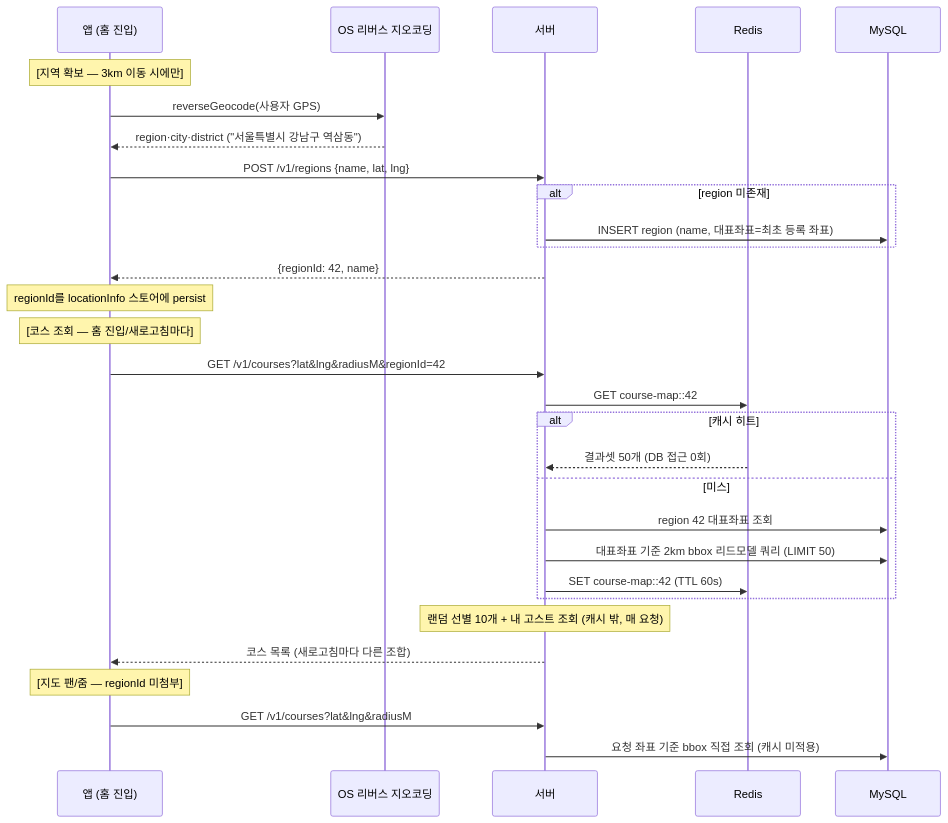
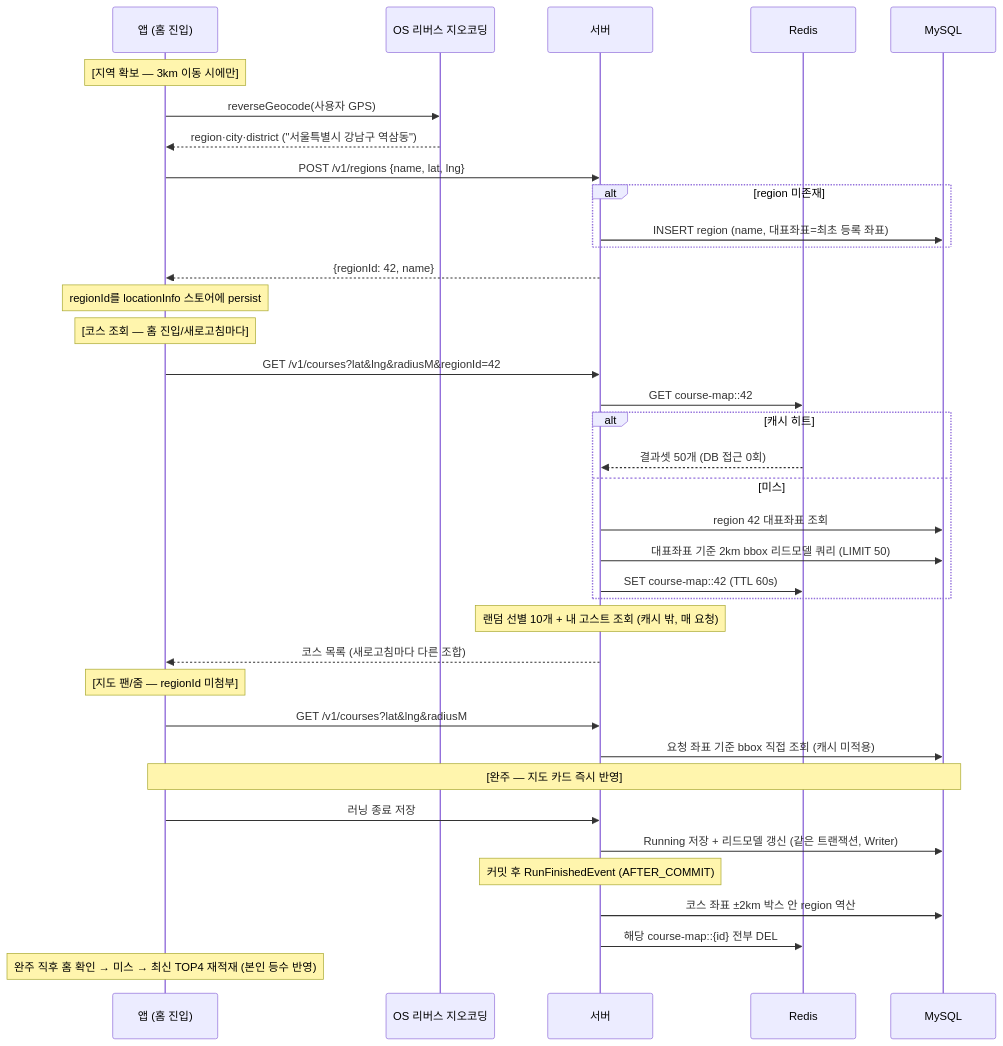
One commit to SGMRT/sgmrt-server changed the second of 4 diagrams in docs/refactoring/course-read-model/cache/05-cache-key-design.md. Above: the diagram before and after it, drawn with Mermaid. The commit also changed other lines of this file and 6 other files, not shown here.

````diff
--- a/docs/refactoring/course-read-model/cache/05-cache-key-design.md
+++ b/docs/refactoring/course-read-model/cache/05-cache-key-design.md
@@ -40,35 +44,43 @@
 ```mermaid
 sequenceDiagram
     participant FE as 앱 (홈 진입)
     participant OS as OS 리버스 지오코딩
     participant BE as 서버
     participant R as Redis
     participant DB as MySQL
 
     Note over FE: [지역 확보 — 3km 이동 시에만]
     FE->>OS: reverseGeocode(사용자 GPS)
     OS-->>FE: region·city·district ("서울특별시 강남구 역삼동")
     FE->>BE: POST /v1/regions {name, lat, lng}
     alt region 미존재
         BE->>DB: INSERT region (name, 대표좌표=최초 등록 좌표)
     end
     BE-->>FE: {regionId: 42, name}
     Note over FE: regionId를 locationInfo 스토어에 persist
 
     Note over FE: [코스 조회 — 홈 진입/새로고침마다]
     FE->>BE: GET /v1/courses?lat&lng&radiusM&regionId=42
     BE->>R: GET course-map::42
     alt 캐시 히트
         R-->>BE: 결과셋 50개 (DB 접근 0회)
     else 미스
         BE->>DB: region 42 대표좌표 조회
         BE->>DB: 대표좌표 기준 2km bbox 리드모델 쿼리 (LIMIT 50)
         BE->>R: SET course-map::42 (TTL 60s)
     end
     Note over BE: 랜덤 선별 10개 + 내 고스트 조회 (캐시 밖, 매 요청)
     BE-->>FE: 코스 목록 (새로고침마다 다른 조합)
 
     Note over FE: [지도 팬/줌 — regionId 미첨부]
     FE->>BE: GET /v1/courses?lat&lng&radiusM
     BE->>DB: 요청 좌표 기준 bbox 직접 조회 (캐시 미적용)
+
+    Note over FE,DB: [완주 — 지도 카드 즉시 반영]
+    FE->>BE: 러닝 종료 저장
+    BE->>DB: Running 저장 + 리드모델 갱신 (같은 트랜잭션, Writer)
+    Note over BE: 커밋 후 RunFinishedEvent (AFTER_COMMIT)
+    BE->>DB: 코스 좌표 ±2km 박스 안 region 역산
+    BE->>R: 해당 course-map::{id} 전부 DEL
+    Note over FE: 완주 직후 홈 확인 → 미스 → 최신 TOP4 재적재 (본인 등수 반영)
 ```
````
